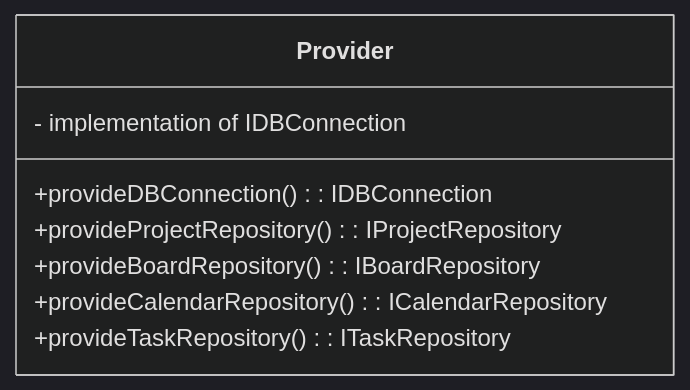
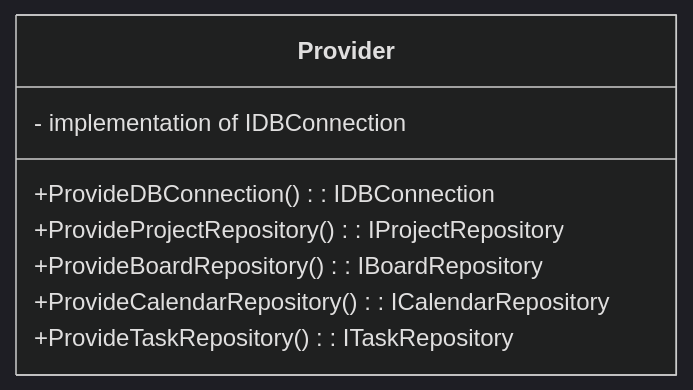
Before and after one commit to tadeas223/todo_list: the diagram in docs/uml/DI.md, drawn with Mermaid (dark theme). The commit also changed 6 other files, not shown here.

````diff
--- a/docs/uml/DI.md
+++ b/docs/uml/DI.md
@@ -1,16 +1,16 @@
 ```mermaid
 classDiagram
 
     class Provider
 
     class Provider {
         - implementation of IDBConnection        
 
-        +provideDBConnection(): IDBConnection
-        +provideProjectRepository(): IProjectRepository
-        +provideBoardRepository(): IBoardRepository
-        +provideCalendarRepository(): ICalendarRepository
-        +provideTaskRepository(): ITaskRepository
+        +ProvideDBConnection(): IDBConnection
+        +ProvideProjectRepository(): IProjectRepository
+        +ProvideBoardRepository(): IBoardRepository
+        +ProvideCalendarRepository(): ICalendarRepository
+        +ProvideTaskRepository(): ITaskRepository
     }
 
 ```
````
